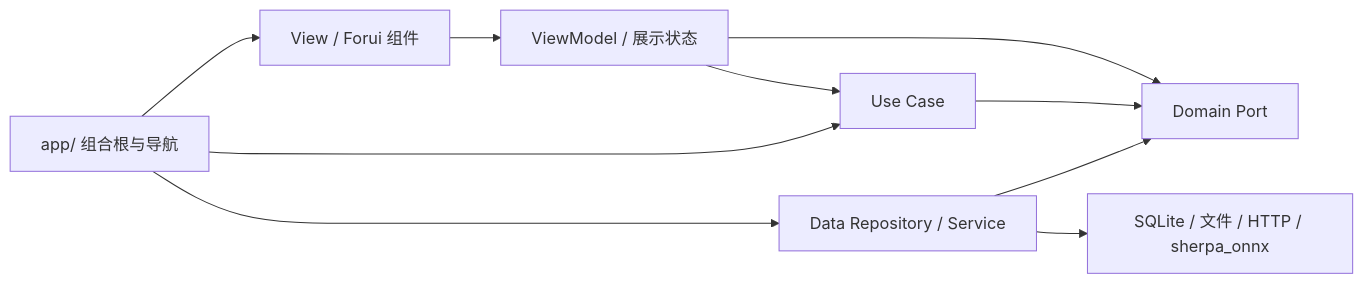
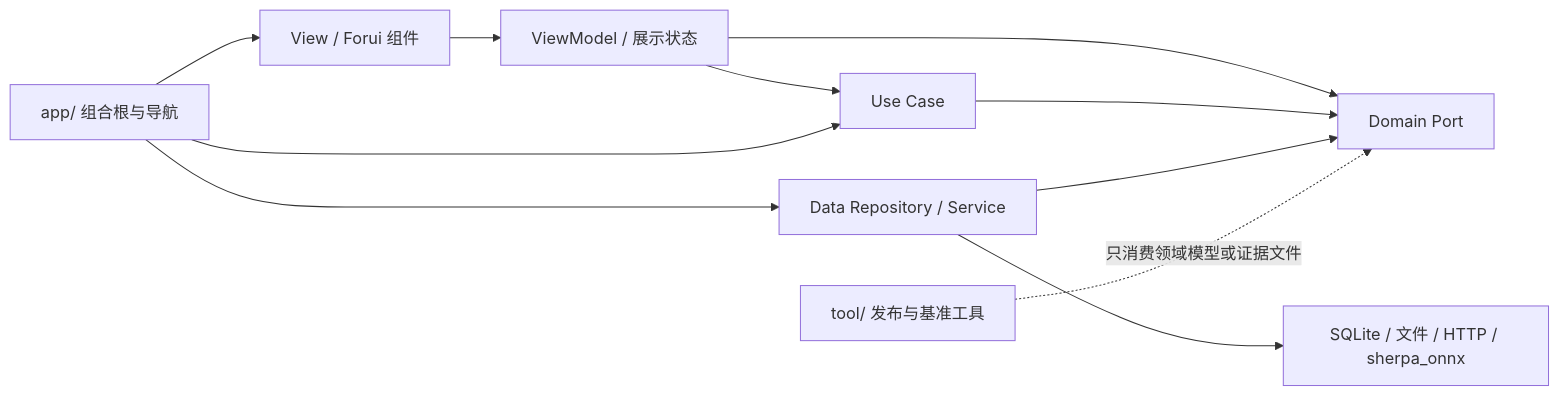
The diagram in docs/architecture/代码架构与冗余审计.md (zhangheng2022/meet_trace), drawn with Mermaid before and after one commit. The commit also changed other lines of this file and 260 other files, not shown here.

````diff
--- a/docs/architecture/代码架构与冗余审计.md
+++ b/docs/architecture/代码架构与冗余审计.md
@@ -41,12 +21,13 @@
 ```mermaid
 flowchart LR
   View["View / Forui 组件"] --> VM["ViewModel / 展示状态"]
   VM --> UC["Use Case"]
   VM --> Port["Domain Port"]
   UC --> Port
   App["app/ 组合根与导航"] --> View
   App --> UC
   App --> Impl["Data Repository / Service"]
   Impl --> Port
-  Impl --> SQLite["SQLite / 文件 / HTTP / sherpa_onnx"]
+  Impl --> External["SQLite / 文件 / HTTP / sherpa_onnx"]
+  Tool["tool/ 发布与基准工具"] -. 只消费领域模型或证据文件 .-> Port
 ```
````
